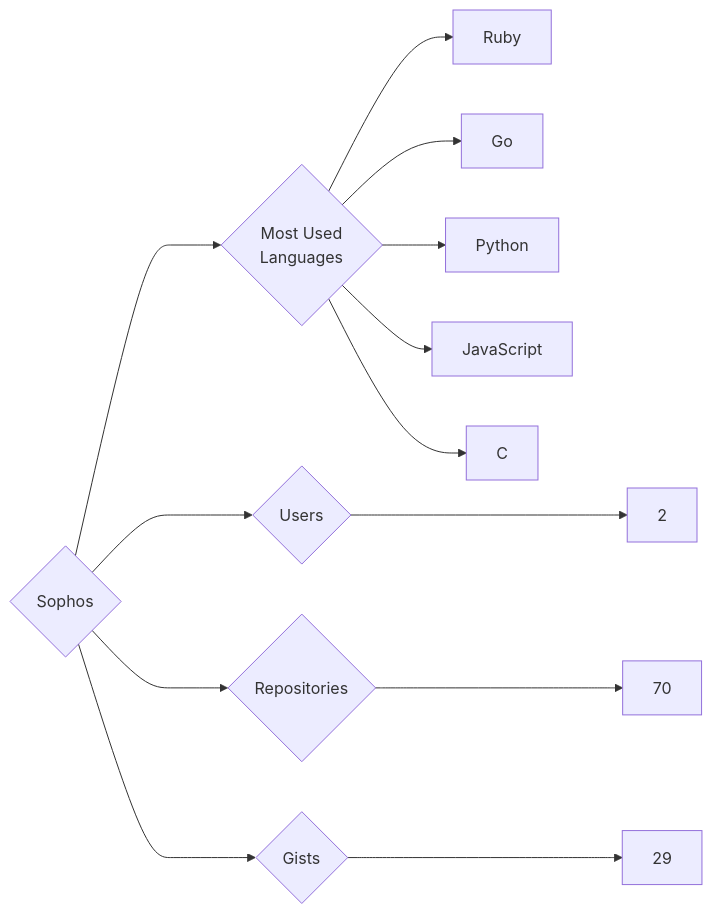
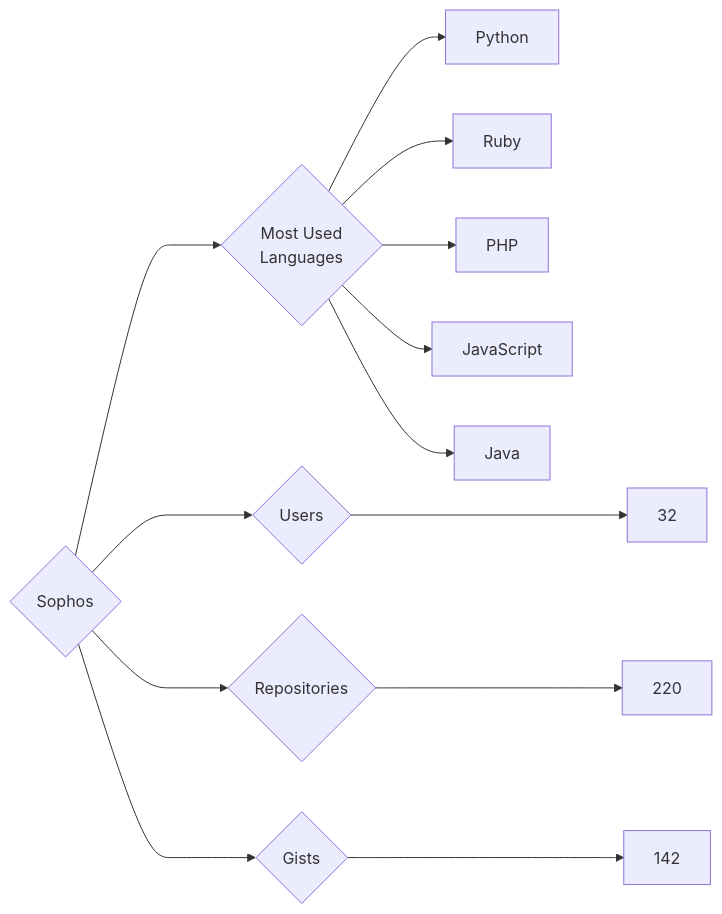
The diagram in targets/Sophos/README.md (trickest/insiders), drawn with Mermaid before and after one commit. The commit also changed 715 other files, not shown here.

````diff
--- a/targets/Sophos/README.md
+++ b/targets/Sophos/README.md
@@ -3,13 +3,13 @@
 ```mermaid
 graph LR
 COMPANY_NAME{Sophos}
-COMPANY_NAME ---> U{Users} ---> UN[2]
-COMPANY_NAME ---> R{Repositories} ---> RN[70]
-COMPANY_NAME ---> G{Gists} ---> GN[29]
+COMPANY_NAME ---> U{Users} ---> UN[32]
+COMPANY_NAME ---> R{Repositories} ---> RN[220]
+COMPANY_NAME ---> G{Gists} ---> GN[142]
 COMPANY_NAME ---> ML{Most Used<br>Languages}
+ML --> Python[Python]
 ML --> Ruby[Ruby]
-ML --> Go[Go]
-ML --> Python[Python]
+ML --> PHP[PHP]
 ML --> JavaScript[JavaScript]
-ML --> C[C]
+ML --> Java[Java]
 ```
````
